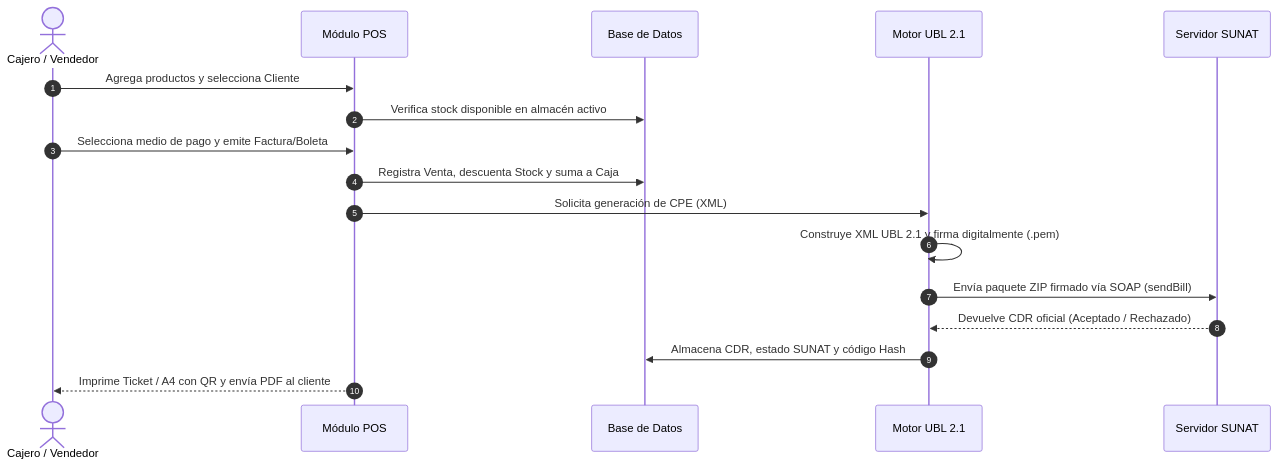
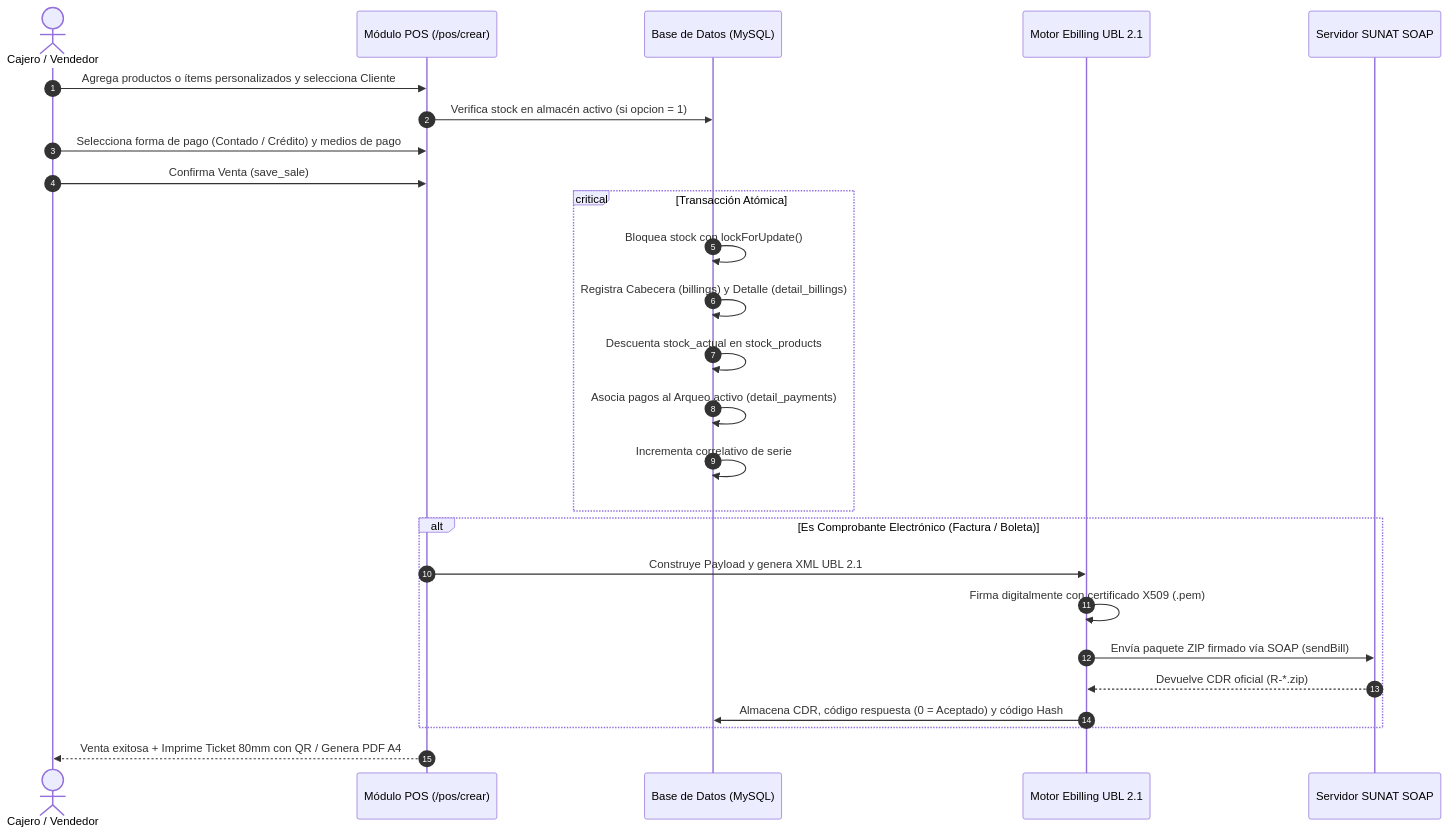
One commit to gercova/shipibo-erp-facturacion changed the second of 4 diagrams in docs/PDR_SISTEMA_COMPLETO.md. Above: the diagram before and after it, drawn with Mermaid. The commit also changed other lines of this file and 2 other files, not shown here.

````diff
--- a/docs/PDR_SISTEMA_COMPLETO.md
+++ b/docs/PDR_SISTEMA_COMPLETO.md
@@ -262,20 +335,29 @@
 ```mermaid
 sequenceDiagram
     autonumber
     actor Vendedor as Cajero / Vendedor
-    participant POS as Módulo POS
-    participant DB as Base de Datos
-    participant Motor as Motor UBL 2.1
-    participant SUNAT as Servidor SUNAT
+    participant POS as Módulo POS (/pos/crear)
+    participant DB as Base de Datos (MySQL)
+    participant Motor as Motor Ebilling UBL 2.1
+    participant SUNAT as Servidor SUNAT SOAP
 
-    Vendedor->>POS: Agrega productos y selecciona Cliente
-    POS->>DB: Verifica stock disponible en almacén activo
-    Vendedor->>POS: Selecciona medio de pago y emite Factura/Boleta
-    POS->>DB: Registra Venta, descuenta Stock y suma a Caja
-    POS->>Motor: Solicita generación de CPE (XML)
-    Motor->>Motor: Construye XML UBL 2.1 y firma digitalmente (.pem)
-    Motor->>SUNAT: Envía paquete ZIP firmado vía SOAP (sendBill)
-    SUNAT-->>Motor: Devuelve CDR oficial (Aceptado / Rechazado)
-    Motor->>DB: Almacena CDR, estado SUNAT y código Hash
-    POS-->>Vendedor: Imprime Ticket / A4 con QR y envía PDF al cliente
+    Vendedor->>POS: Agrega productos o ítems personalizados y selecciona Cliente
+    POS->>DB: Verifica stock en almacén activo (si opcion = 1)
+    Vendedor->>POS: Selecciona forma de pago (Contado / Crédito) y medios de pago
+    Vendedor->>POS: Confirma Venta (save_sale)
+    critical Transacción Atómica
+        DB->>DB: Bloquea stock con lockForUpdate()
+        DB->>DB: Registra Cabecera (billings) y Detalle (detail_billings)
+        DB->>DB: Descuenta stock_actual en stock_products
+        DB->>DB: Asocia pagos al Arqueo activo (detail_payments)
+        DB->>DB: Incrementa correlativo de serie
+    end
+    alt Es Comprobante Electrónico (Factura / Boleta)
+        POS->>Motor: Construye Payload y genera XML UBL 2.1
+        Motor->>Motor: Firma digitalmente con certificado X509 (.pem)
+        Motor->>SUNAT: Envía paquete ZIP firmado vía SOAP (sendBill)
+        SUNAT-->>Motor: Devuelve CDR oficial (R-*.zip)
+        Motor->>DB: Almacena CDR, código respuesta (0 = Aceptado) y código Hash
+    end
+    POS-->>Vendedor: Venta exitosa + Imprime Ticket 80mm con QR / Genera PDF A4
 ```
````
